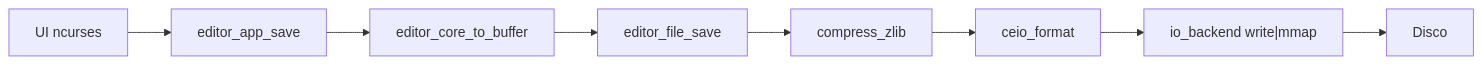
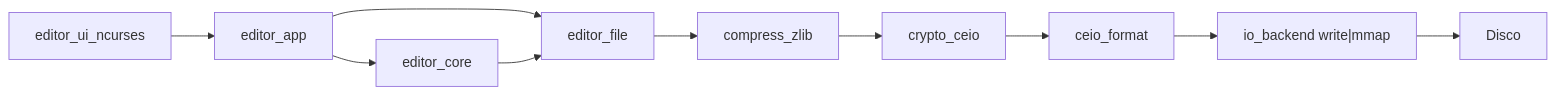
The diagram in README.md (Ang3l1485/FinalProject_Encryption), drawn with Mermaid before and after one commit. The commit also changed other lines of this file and 10 other files, not shown here.

````diff
--- a/README.md
+++ b/README.md
@@ -75,10 +36,12 @@
 ```mermaid
 flowchart LR
-    UI["UI ncurses"] --> APP["editor_app_save"]
-    APP --> CORE["editor_core_to_buffer"]
-    CORE --> FILE["editor_file_save"]
+    UI["editor_ui_ncurses"] --> APP["editor_app"]
+    APP --> CORE["editor_core"]
+    APP --> FILE["editor_file"]
+    CORE --> FILE
     FILE --> ZLIB["compress_zlib"]
-    ZLIB --> FORMAT["ceio_format"]
+    ZLIB --> CRYPTO["crypto_ceio"]
+    CRYPTO --> FORMAT["ceio_format"]
     FORMAT --> IO["io_backend write|mmap"]
     IO --> DISK["Disco"]
 ```
````
